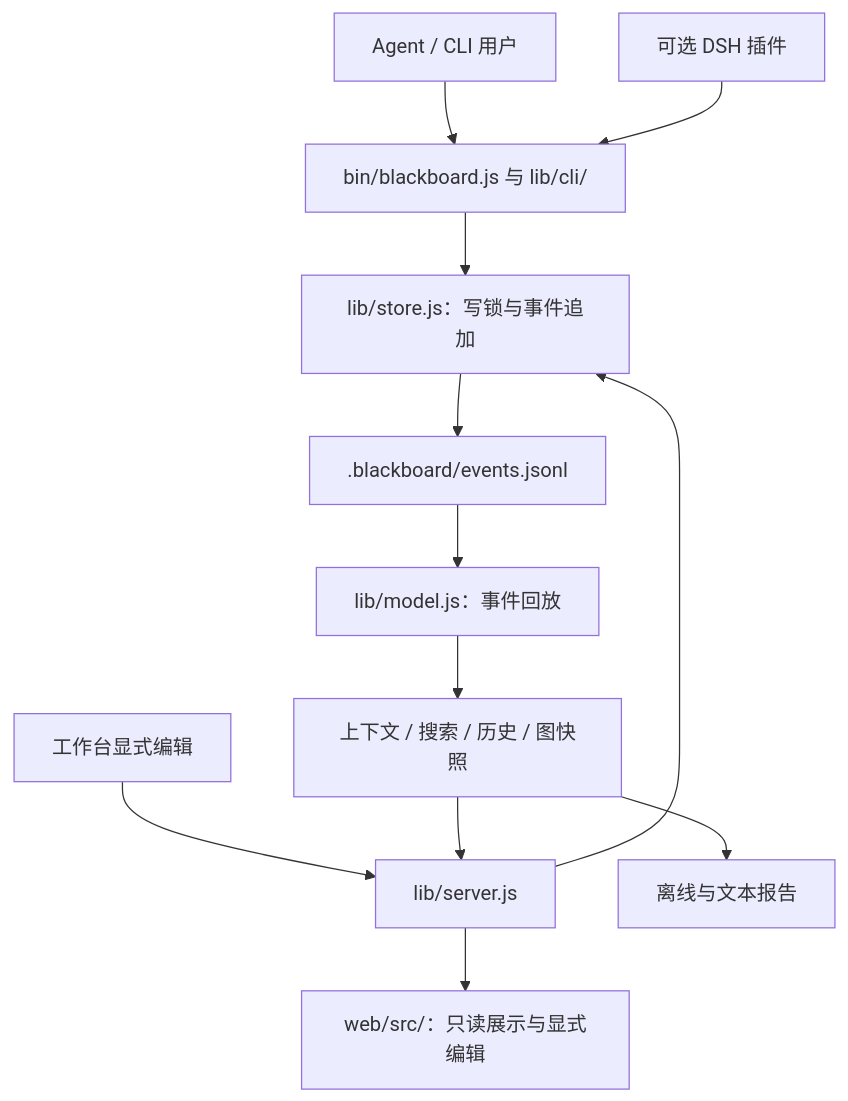
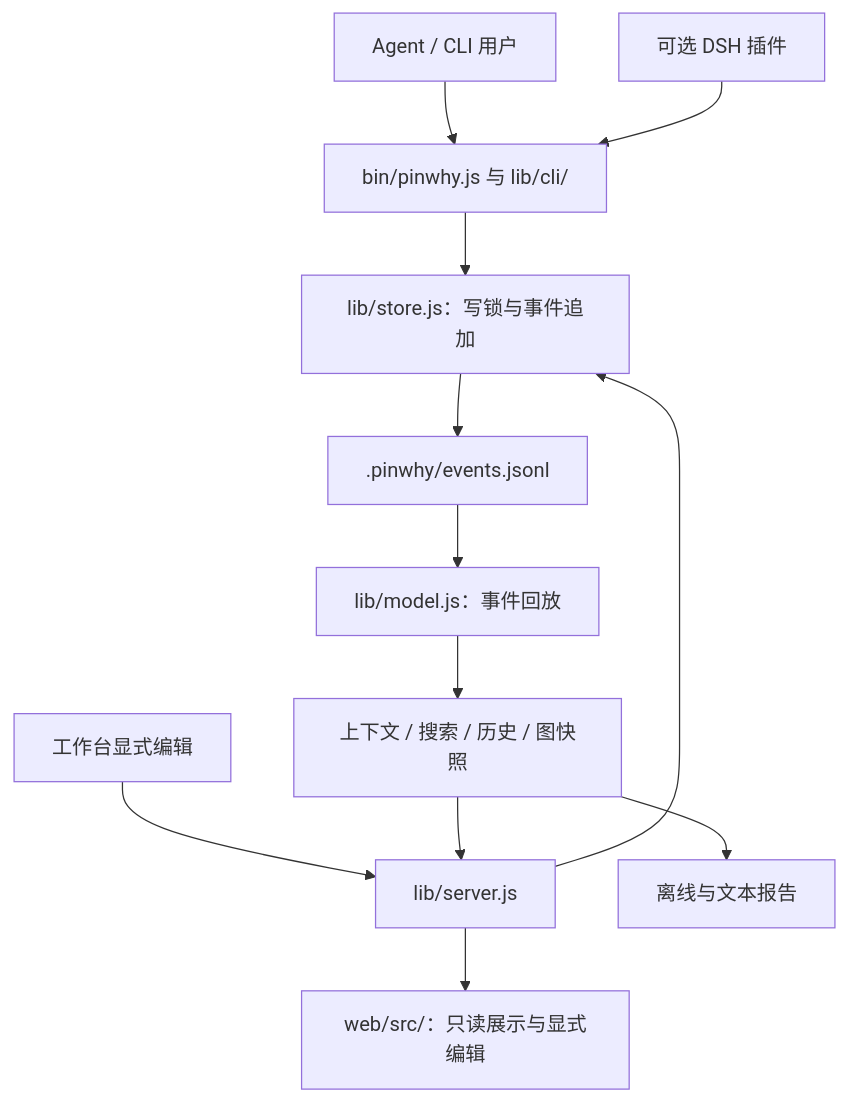
Before and after one commit to bx33661/blackboard: the diagram in docs/ARCHITECTURE.md, drawn with Mermaid. The commit also changed other lines of this file and 389 other files, not shown here.

Commit message:
feat: rename project to Pinwhy and refine CLI experience

````diff
--- a/docs/ARCHITECTURE.md
+++ b/docs/ARCHITECTURE.md
@@ -9,14 +9,14 @@
 ```mermaid
 flowchart TD
-    Agent[Agent / CLI 用户] --> CLI[bin/blackboard.js 与 lib/cli/]
+    Agent[Agent / CLI 用户] --> CLI[bin/pinwhy.js 与 lib/cli/]
     Host[可选 DSH 插件] --> CLI
     Edit[工作台显式编辑] --> Server[lib/server.js]
     CLI --> Store[lib/store.js：写锁与事件追加]
     Server --> Store
-    Store --> Events[.blackboard/events.jsonl]
+    Store --> Events[.pinwhy/events.jsonl]
     Events --> Replay[lib/model.js：事件回放]
     Replay --> Projection[上下文 / 搜索 / 历史 / 图快照]
     Projection --> Server
     Projection --> Export[离线与文本报告]
     Server --> Web[web/src/：只读展示与显式编辑]
 ```
````
